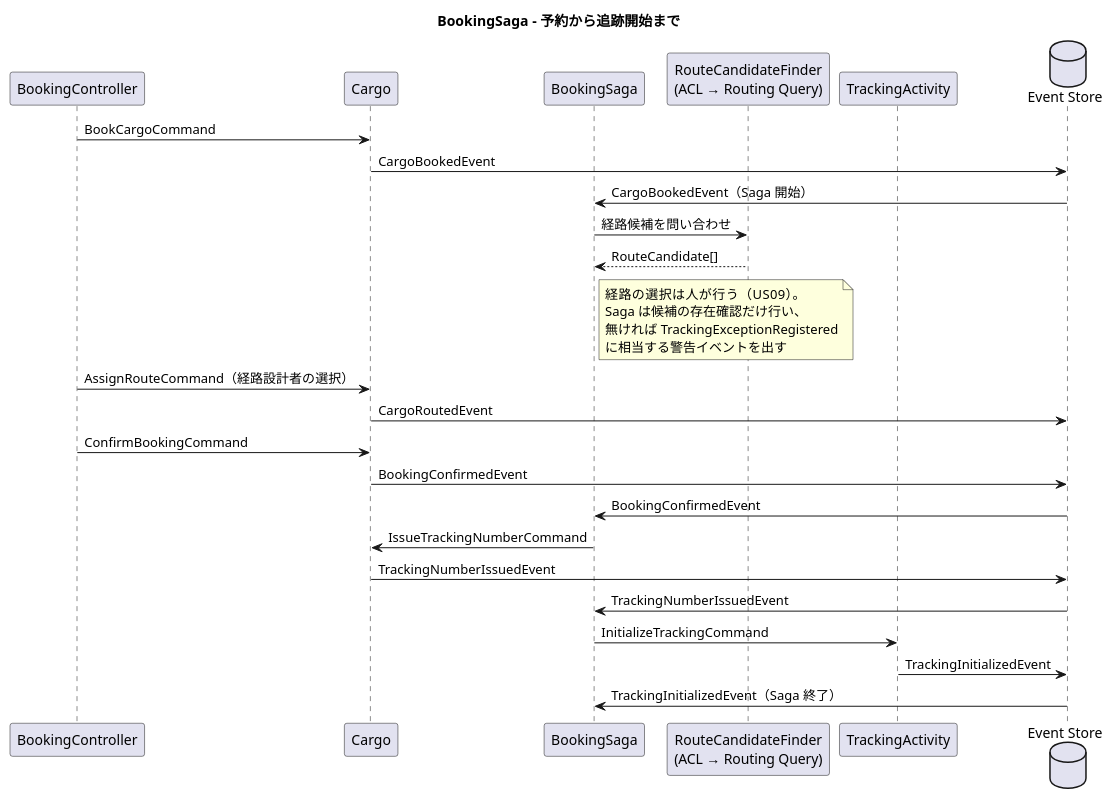
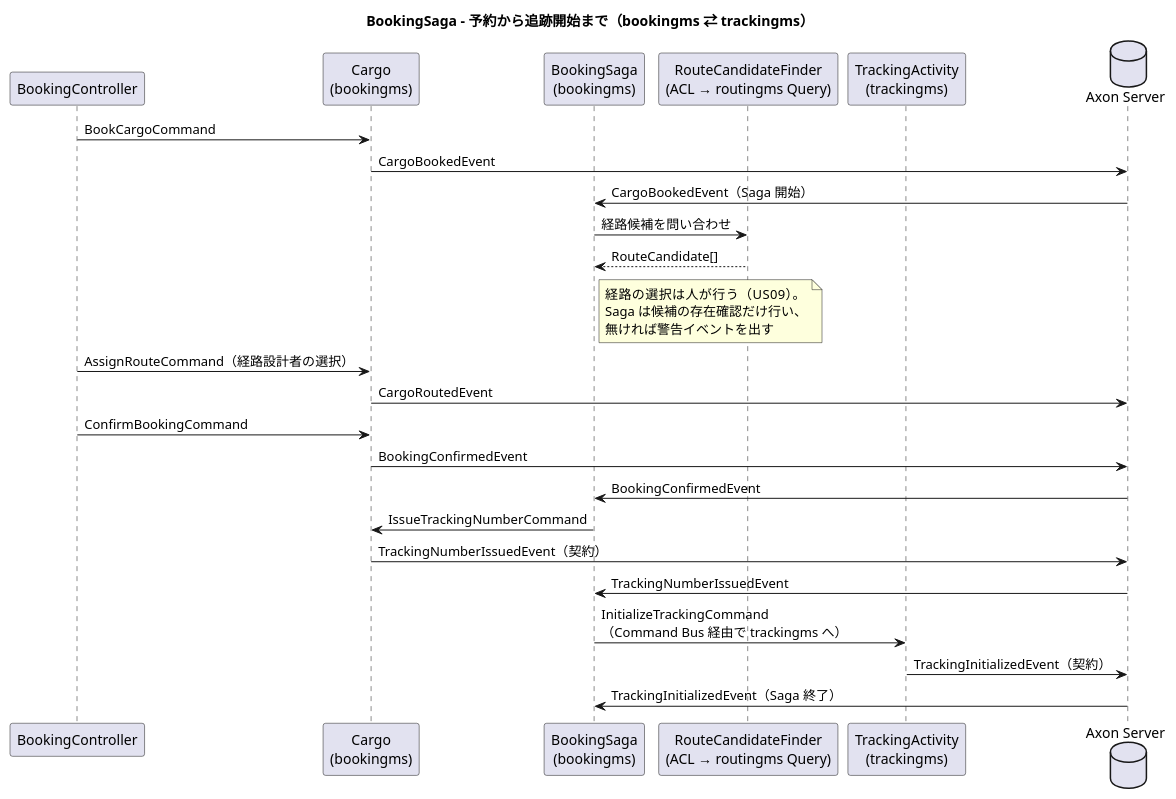
Before and after one commit to k2works/case-study-cargo-tracker: the fifth of 5 diagrams in docs/design/cargo-tracker/architecture_backend.md, drawn with PlantUML. The commit also changed other lines of this file and 7 other files, not shown here.

````diff
--- a/docs/design/cargo-tracker/architecture_backend.md
+++ b/docs/design/cargo-tracker/architecture_backend.md
@@ -585,30 +650,30 @@
 ```plantuml
 @startuml
-title BookingSaga - 予約から追跡開始まで
+title BookingSaga - 予約から追跡開始まで（bookingms ⇄ trackingms）
 
 participant "BookingController" as ctrl
-participant "Cargo" as cargo
-participant "BookingSaga" as saga
-participant "RouteCandidateFinder\n(ACL → Routing Query)" as acl
-participant "TrackingActivity" as tracking
-database "Event Store" as es
+participant "Cargo\n(bookingms)" as cargo
+participant "BookingSaga\n(bookingms)" as saga
+participant "RouteCandidateFinder\n(ACL → routingms Query)" as acl
+participant "TrackingActivity\n(trackingms)" as tracking
+database "Axon Server" as es
 
 ctrl -> cargo : BookCargoCommand
 cargo -> es : CargoBookedEvent
 es -> saga : CargoBookedEvent（Saga 開始）
 saga -> acl : 経路候補を問い合わせ
 acl --> saga : RouteCandidate[]
-note right of saga : 経路の選択は人が行う（US09）。\nSaga は候補の存在確認だけ行い、\n無ければ TrackingExceptionRegistered\nに相当する警告イベントを出す
+note right of saga : 経路の選択は人が行う（US09）。\nSaga は候補の存在確認だけ行い、\n無ければ警告イベントを出す
 ctrl -> cargo : AssignRouteCommand（経路設計者の選択）
 cargo -> es : CargoRoutedEvent
 ctrl -> cargo : ConfirmBookingCommand
 cargo -> es : BookingConfirmedEvent
 es -> saga : BookingConfirmedEvent
 saga -> cargo : IssueTrackingNumberCommand
-cargo -> es : TrackingNumberIssuedEvent
+cargo -> es : TrackingNumberIssuedEvent（契約）
 es -> saga : TrackingNumberIssuedEvent
-saga -> tracking : InitializeTrackingCommand
-tracking -> es : TrackingInitializedEvent
+saga -> tracking : InitializeTrackingCommand\n（Command Bus 経由で trackingms へ）
+tracking -> es : TrackingInitializedEvent（契約）
 es -> saga : TrackingInitializedEvent（Saga 終了）
 @enduml
 ```
````
